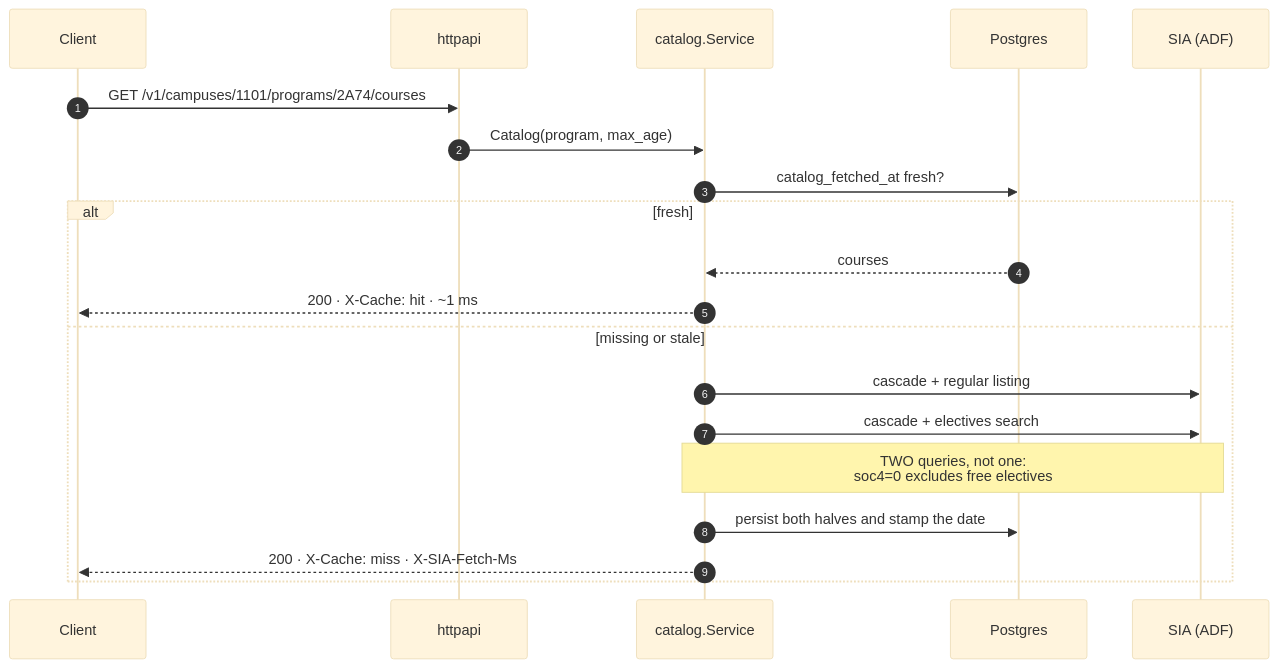
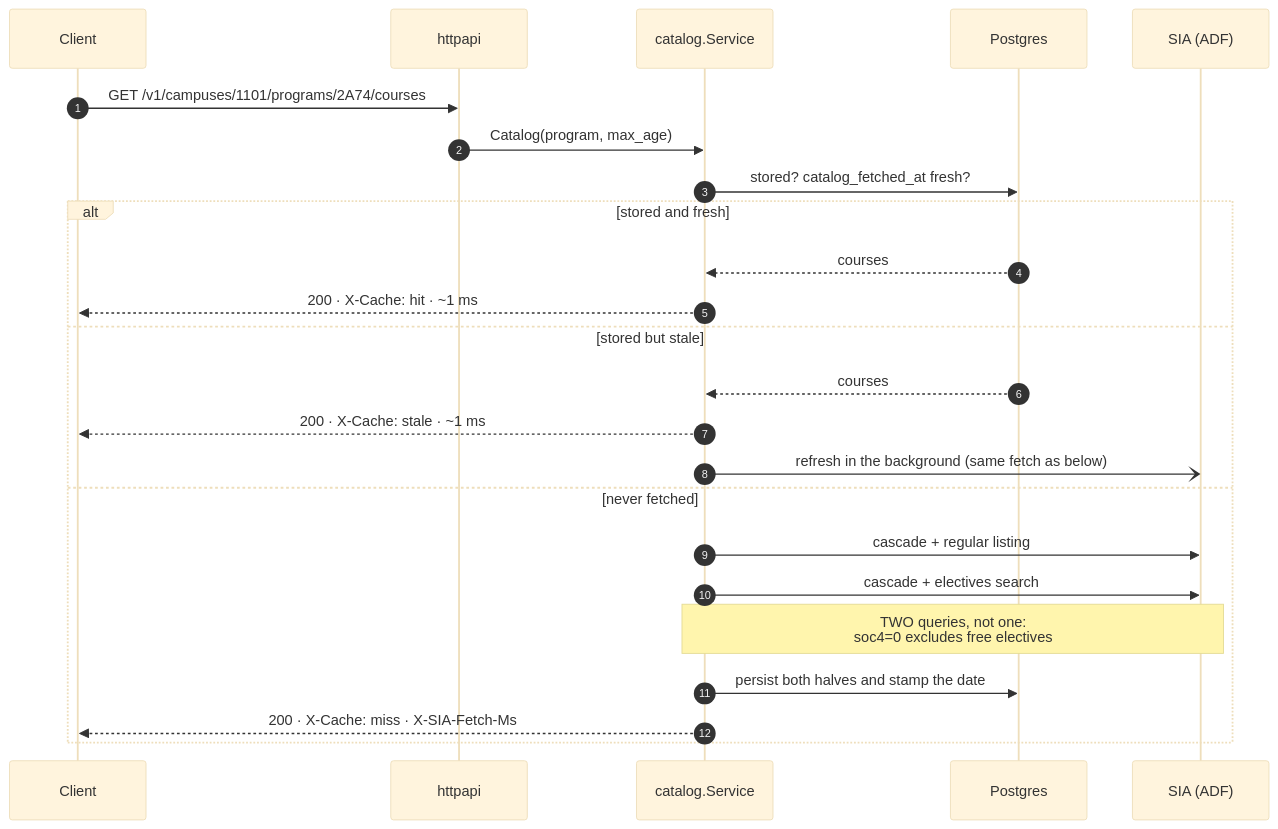
One commit to gabotachak/sia-unal-bridge changed the diagram in README.md. Above: the diagram before and after it, drawn with Mermaid (base theme). The commit also changed other lines of this file and 2 other files, not shown here.

````diff
--- a/README.md
+++ b/README.md
@@ -228,23 +231,27 @@
 ```mermaid
 sequenceDiagram
     autonumber
     participant C as Client
     participant A as httpapi
     participant S as catalog.Service
     participant P as Postgres
     participant X as SIA (ADF)
 
     C->>A: GET /v1/campuses/1101/programs/2A74/courses
     A->>S: Catalog(program, max_age)
-    S->>P: catalog_fetched_at fresh?
-    alt fresh
+    S->>P: stored? catalog_fetched_at fresh?
+    alt stored and fresh
         P-->>S: courses
         S-->>C: 200 · X-Cache: hit · ~1 ms
-    else missing or stale
+    else stored but stale
+        P-->>S: courses
+        S-->>C: 200 · X-Cache: stale · ~1 ms
+        S-)X: refresh in the background (same fetch as below)
+    else never fetched
         S->>X: cascade + regular listing
         S->>X: cascade + electives search
         Note over S,X: TWO queries, not one:<br/>soc4=0 excludes free electives
         S->>P: persist both halves and stamp the date
         S-->>C: 200 · X-Cache: miss · X-SIA-Fetch-Ms
     end
 ```
````
